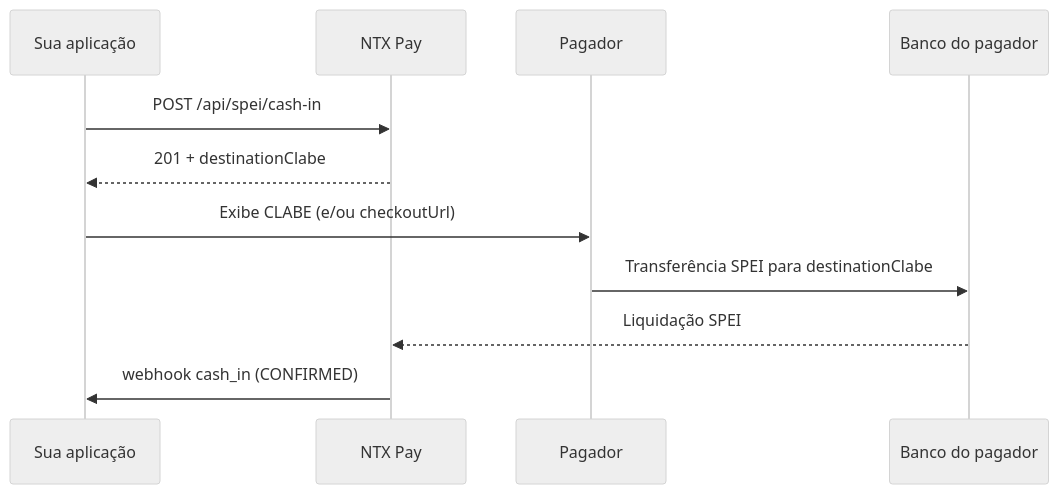
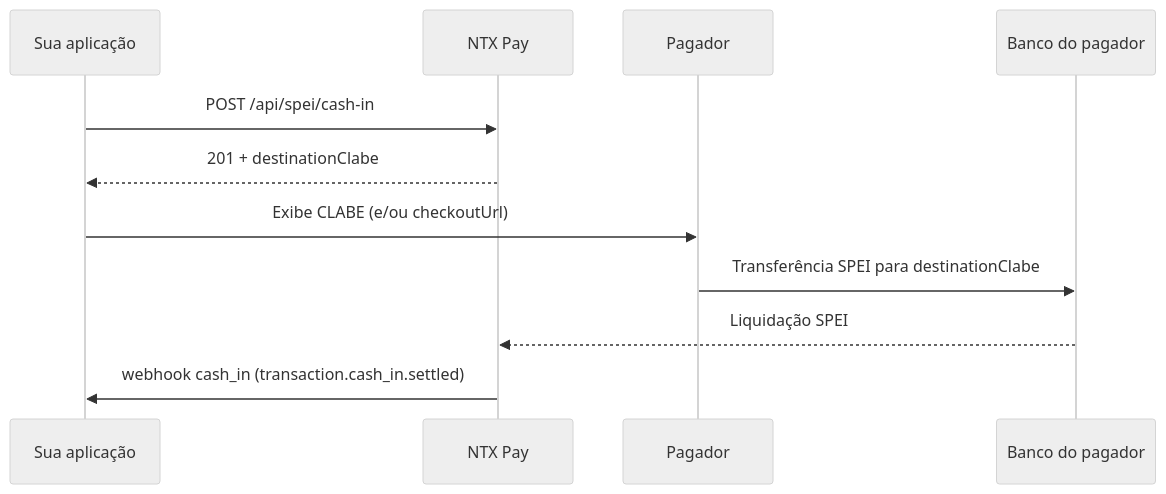
Before and after one commit to advanced-digital-services/docs: the diagram in pt-br/guides/spei-cash-in.mdx, drawn with Mermaid (neutral theme). The commit also changed other lines of this file and 64 other files, not shown here.

````diff
--- a/pt-br/guides/spei-cash-in.mdx
+++ b/pt-br/guides/spei-cash-in.mdx
@@ -89,14 +91,14 @@
 ```mermaid
 sequenceDiagram
     participant App as Sua aplicação
     participant NTX as NTX Pay
     participant Payer as Pagador
     participant Bank as Banco do pagador
 
     App->>NTX: POST /api/spei/cash-in
     NTX-->>App: 201 + destinationClabe
     App->>Payer: Exibe CLABE (e/ou checkoutUrl)
     Payer->>Bank: Transferência SPEI para destinationClabe
     Bank-->>NTX: Liquidação SPEI
-    NTX->>App: webhook cash_in (CONFIRMED)
+    NTX->>App: webhook cash_in (transaction.cash_in.settled)
 ```
````
